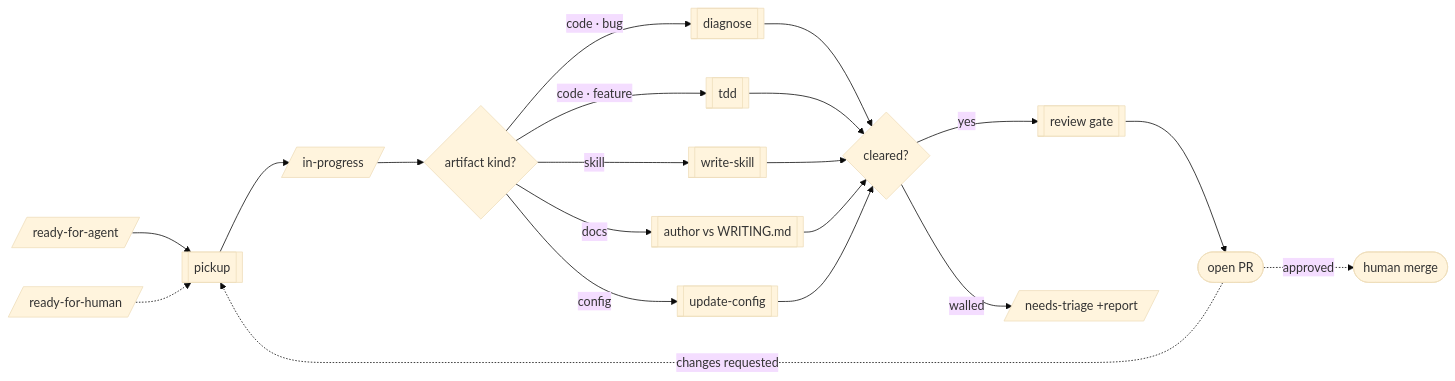
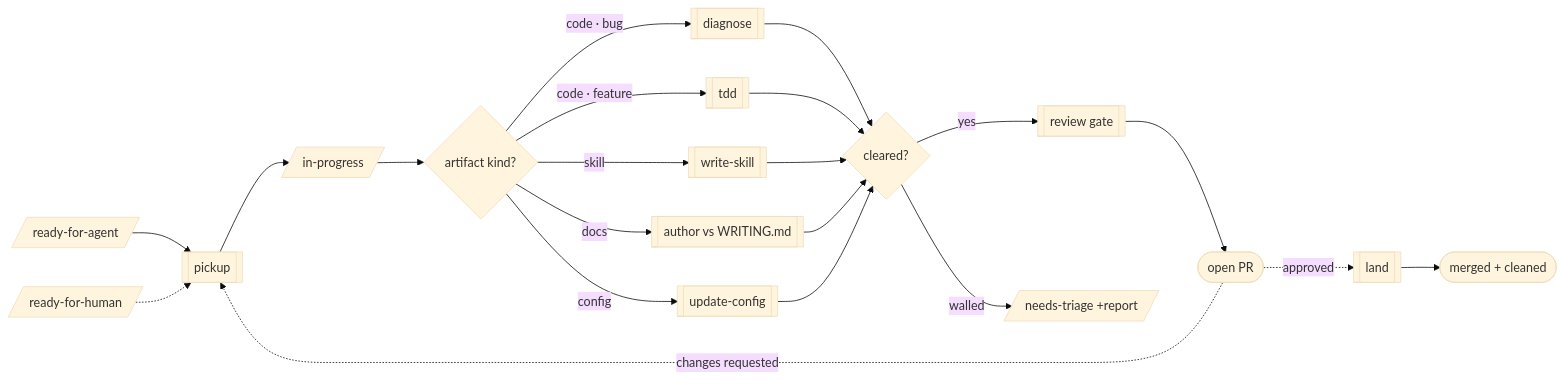
One commit to krixon/skills changed the second of 2 diagrams in skills/WORKFLOWS.md. Above: the diagram before and after it, drawn with Mermaid (base theme). The commit also changed other lines of this file and 1 other file, not shown here.

First line of the commit message:
feat: add land skill for merging approved PRs

````diff
--- a/skills/WORKFLOWS.md
+++ b/skills/WORKFLOWS.md
@@ -41,22 +41,23 @@
 ```mermaid
 flowchart LR
     rfa[/ready-for-agent/] --> pickup[[pickup]]
     rfh[/ready-for-human/] -.-> pickup
     pickup --> ip[/in-progress/]
     ip --> route{artifact kind?}
     route -->|code · bug| diagnose[[diagnose]]
     route -->|code · feature| tdd[[tdd]]
     route -->|skill| ws[[write-skill]]
     route -->|docs| docs[[author vs WRITING.md]]
     route -->|config| cfg[[update-config]]
     diagnose --> res{cleared?}
     tdd --> res
     ws --> res
     docs --> res
     cfg --> res
     res -->|yes| rev[[review gate]]
     res -->|walled| rpt[/needs-triage +report/]
     rev --> pr([open PR])
-    pr -.->|approved| merge([human merge])
+    pr -.->|approved| land[[land]]
+    land --> done([merged + cleaned])
     pr -.->|changes requested| pickup
 ```
````
